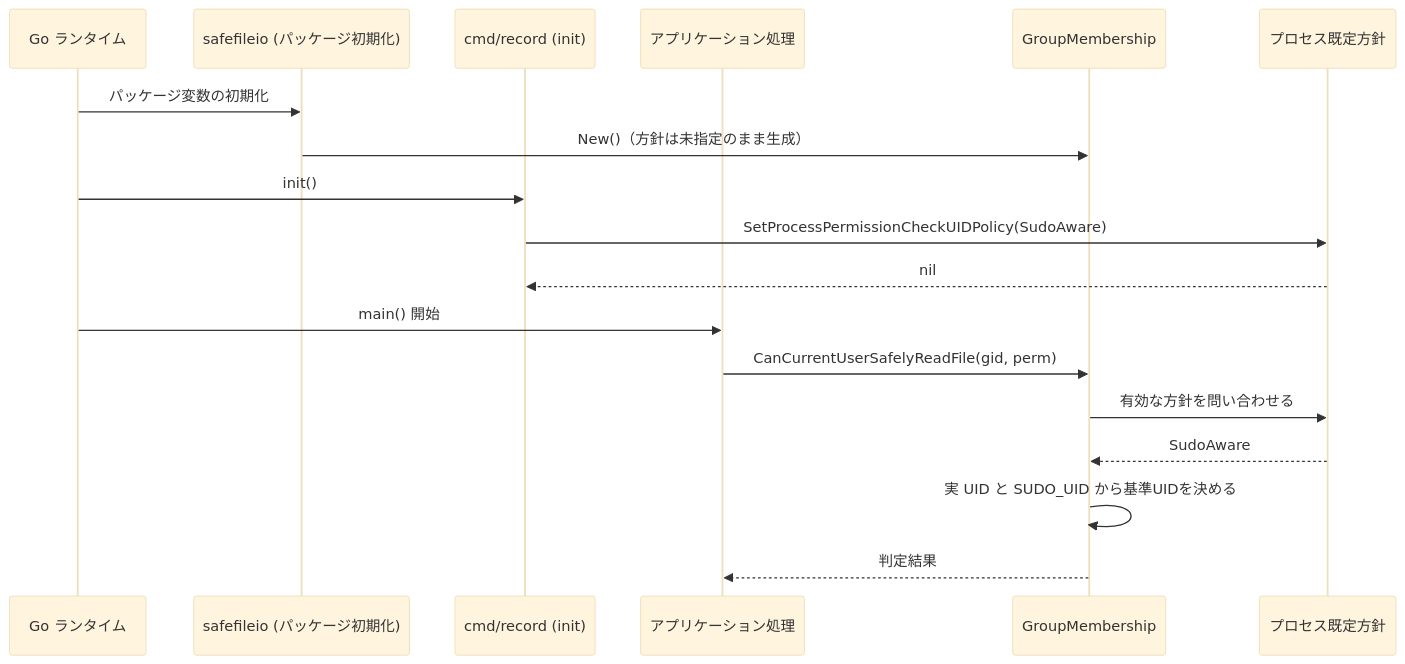
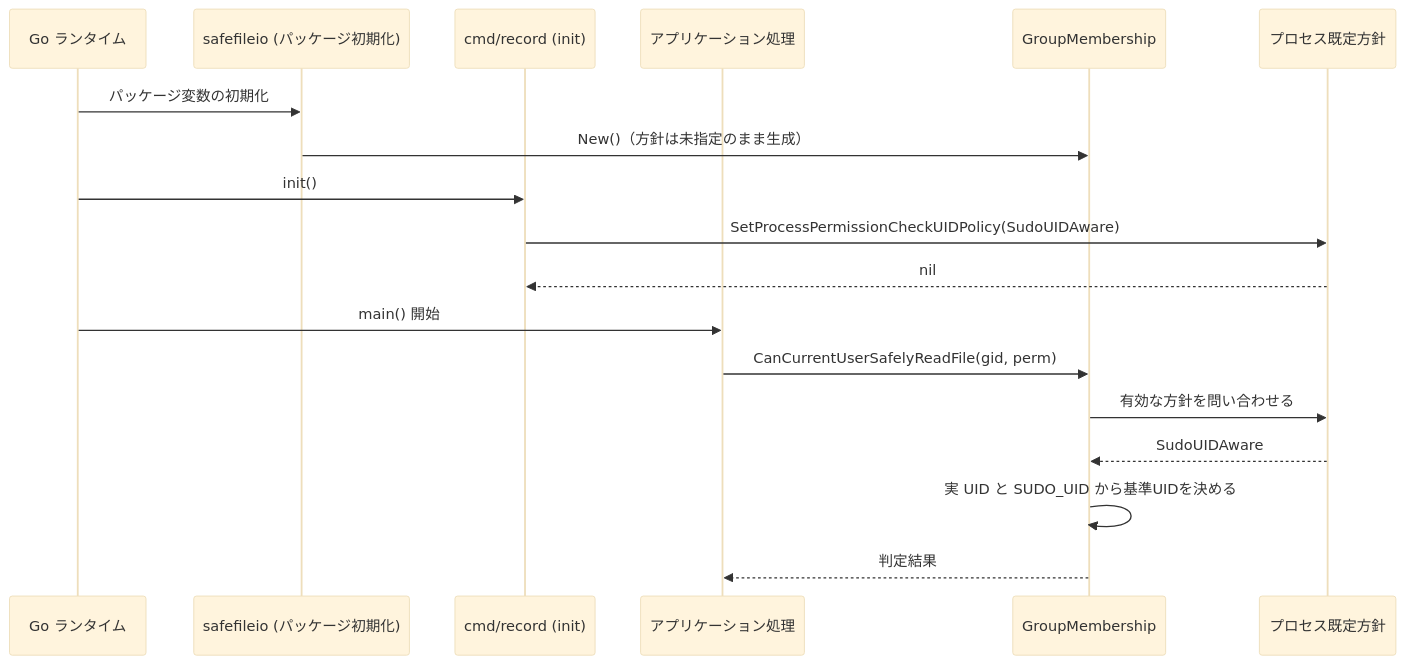
Before and after one commit to isseis/go-safe-cmd-runner: the seventh of 11 diagrams in docs/tasks/0160_permission_check_subject_explicit/02_architecture.md, drawn with Mermaid (base theme). The commit also changed other lines of this file and 1 other file, not shown here.

First line of the commit message:
docs(0160): rename SudoAware policy to SudoUIDAware

````diff
--- a/docs/tasks/0160_permission_check_subject_explicit/02_architecture.md
+++ b/docs/tasks/0160_permission_check_subject_explicit/02_architecture.md
@@ -200,21 +200,21 @@
 ```mermaid
 sequenceDiagram
     participant Rt as Go ランタイム
     participant FIO as safefileio (パッケージ初期化)
     participant Main as cmd/record (init)
     participant App as アプリケーション処理
     participant GM as GroupMembership
     participant Pol as プロセス既定方針
 
     Rt->>FIO: パッケージ変数の初期化
     FIO->>GM: New()（方針は未指定のまま生成）
     Rt->>Main: init()
-    Main->>Pol: SetProcessPermissionCheckUIDPolicy(SudoAware)
+    Main->>Pol: SetProcessPermissionCheckUIDPolicy(SudoUIDAware)
     Pol-->>Main: nil
     Rt->>App: main() 開始
     App->>GM: CanCurrentUserSafelyReadFile(gid, perm)
     GM->>Pol: 有効な方針を問い合わせる
-    Pol-->>GM: SudoAware
+    Pol-->>GM: SudoUIDAware
     GM->>GM: 実 UID と SUDO_UID から基準UIDを決める
     GM-->>App: 判定結果
 ```
````
